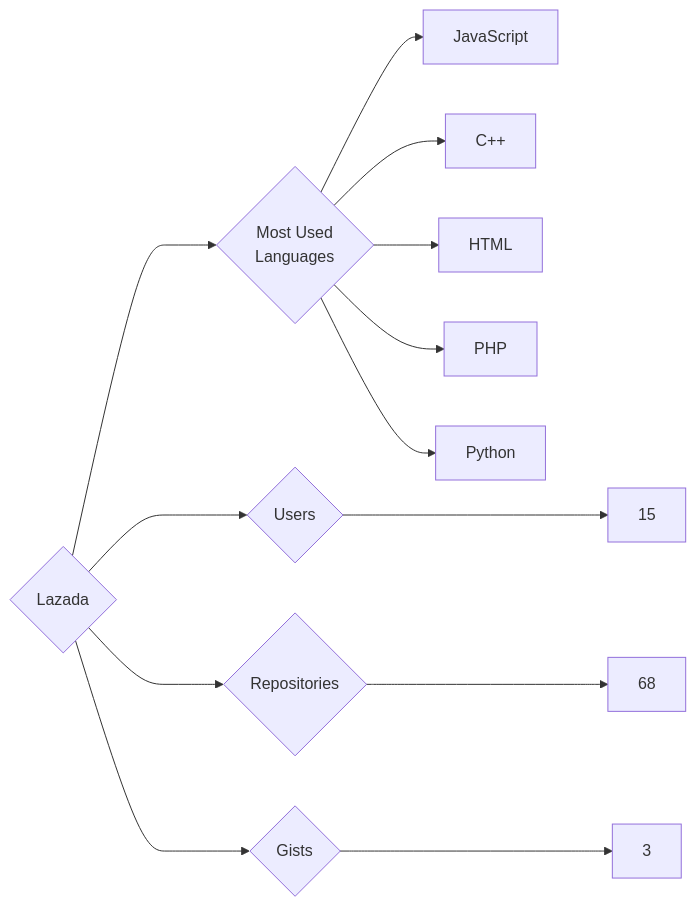
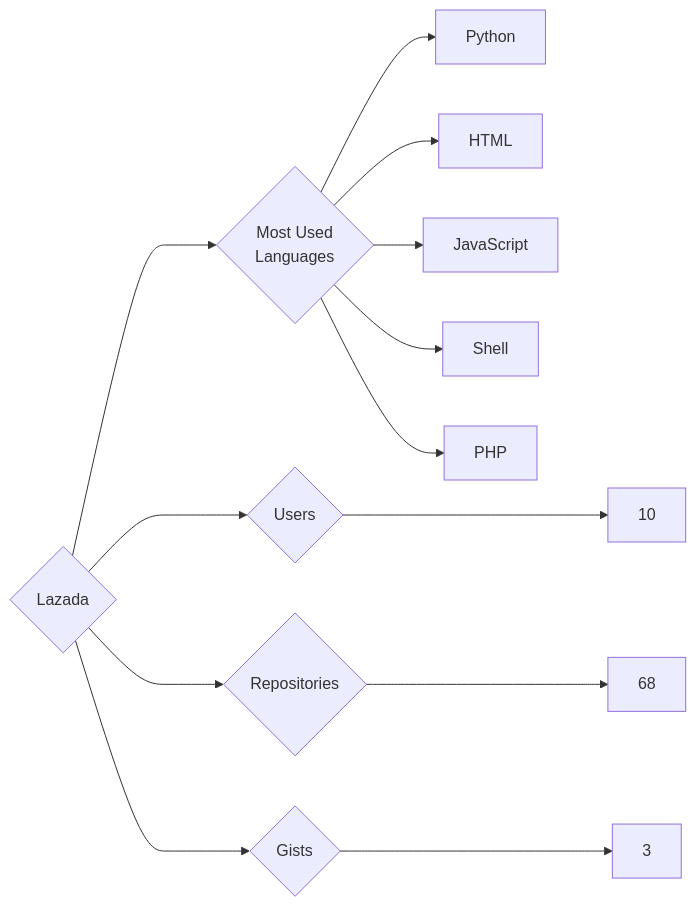
One commit to trickest/insiders changed the diagram in targets/Lazada/README.md. Above: the diagram before and after it, drawn with Mermaid. The commit also changed 965 other files, not shown here.

````diff
--- a/targets/Lazada/README.md
+++ b/targets/Lazada/README.md
@@ -3,13 +3,13 @@
 ```mermaid
 graph LR
 COMPANY_NAME{Lazada}
-COMPANY_NAME ---> U{Users} ---> UN[15]
+COMPANY_NAME ---> U{Users} ---> UN[10]
 COMPANY_NAME ---> R{Repositories} ---> RN[68]
 COMPANY_NAME ---> G{Gists} ---> GN[3]
 COMPANY_NAME ---> ML{Most Used<br>Languages}
+ML --> Python[Python]
+ML --> HTML[HTML]
 ML --> JavaScript[JavaScript]
-ML --> C++[C++]
-ML --> HTML[HTML]
+ML --> Shell[Shell]
 ML --> PHP[PHP]
-ML --> Python[Python]
 ```
````
